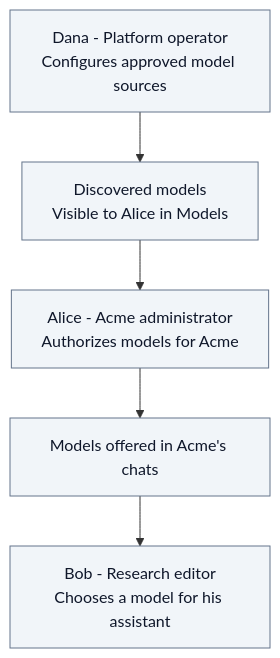
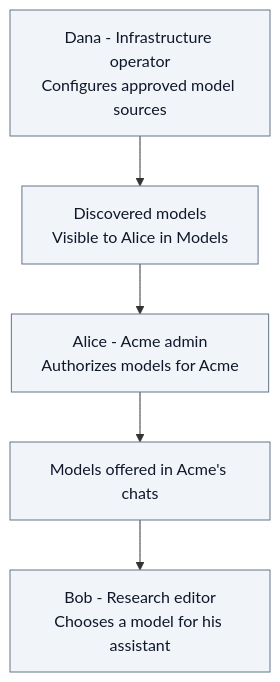
The first of 3 diagrams in docs/architecture/02.3-agent-administration.md (ThalesGroup/fred), drawn with Mermaid before and after one commit. The commit also changed other lines of this file and 19 other files, not shown here.

````diff
--- a/docs/architecture/02.3-agent-administration.md
+++ b/docs/architecture/02.3-agent-administration.md
@@ -17,12 +19,12 @@
 ```mermaid
 flowchart TB
-    dana["Dana - Platform operator<br/>Configures approved model sources"]
+    dana["Dana - Infrastructure operator<br/>Configures approved model sources"]
     catalog["Discovered models<br/>Visible to Alice in Models"]
-    alice["Alice - Acme administrator<br/>Authorizes models for Acme"]
+    alice["Alice - Acme admin<br/>Authorizes models for Acme"]
     choices["Models offered in Acme's chats"]
     bob["Bob - Research editor<br/>Chooses a model for his assistant"]
     dana --> catalog --> alice --> choices --> bob
 
     classDef neutral fill:#F1F5F9,stroke:#64748B,color:#0F172A
     class dana,catalog,alice,choices,bob neutral
 ```
````
